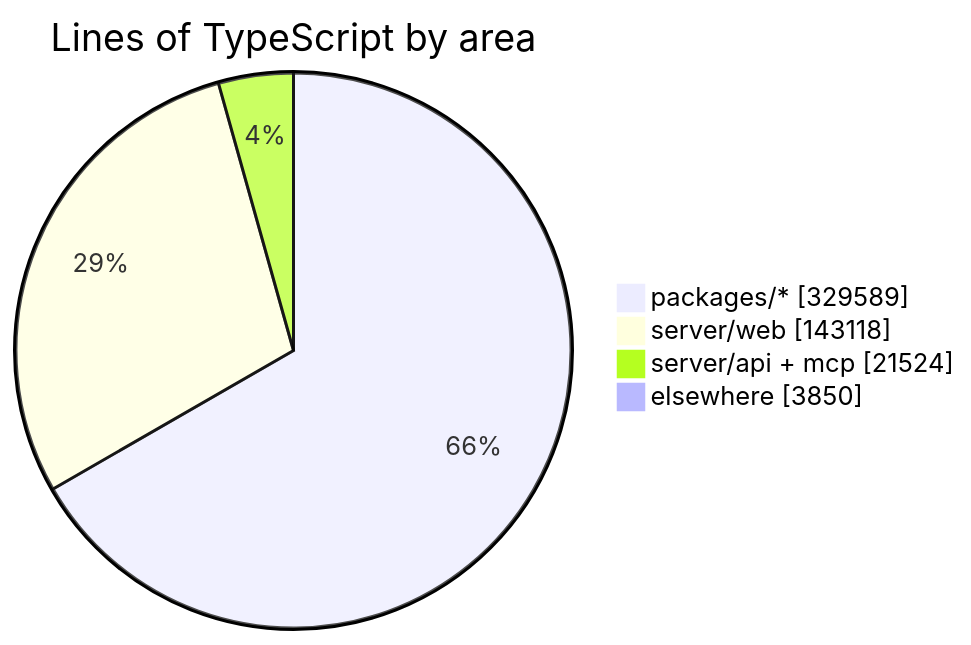
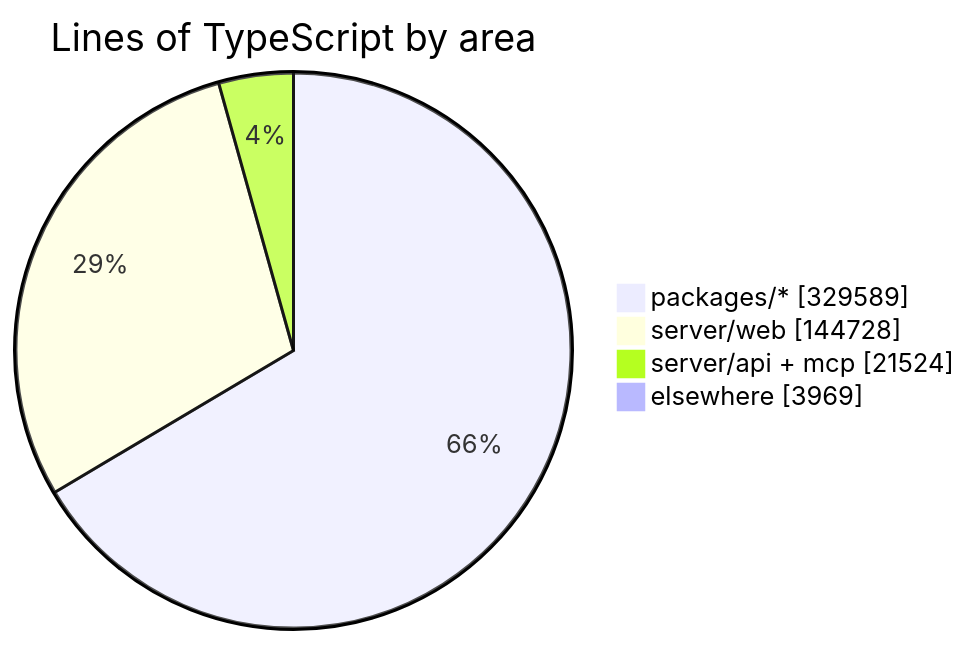
Before and after one commit to crossworks-engineering/mantle: the diagram in README.md, drawn with Mermaid. The commit also changed other lines of this file and 2 other files, not shown here.

````diff
--- a/README.md
+++ b/README.md
@@ -294,7 +294,7 @@
 ```mermaid
 pie showData title Lines of TypeScript by area
     "packages/*" : 329589
-    "server/web" : 143118
+    "server/web" : 144728
     "server/api + mcp" : 21524
-    "elsewhere" : 3850
+    "elsewhere" : 3969
 ```
````
